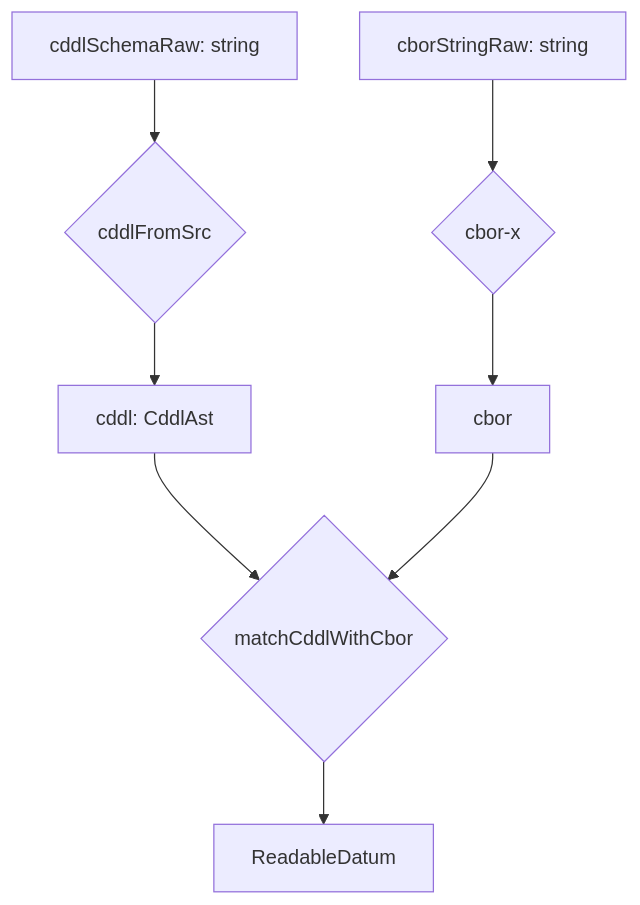
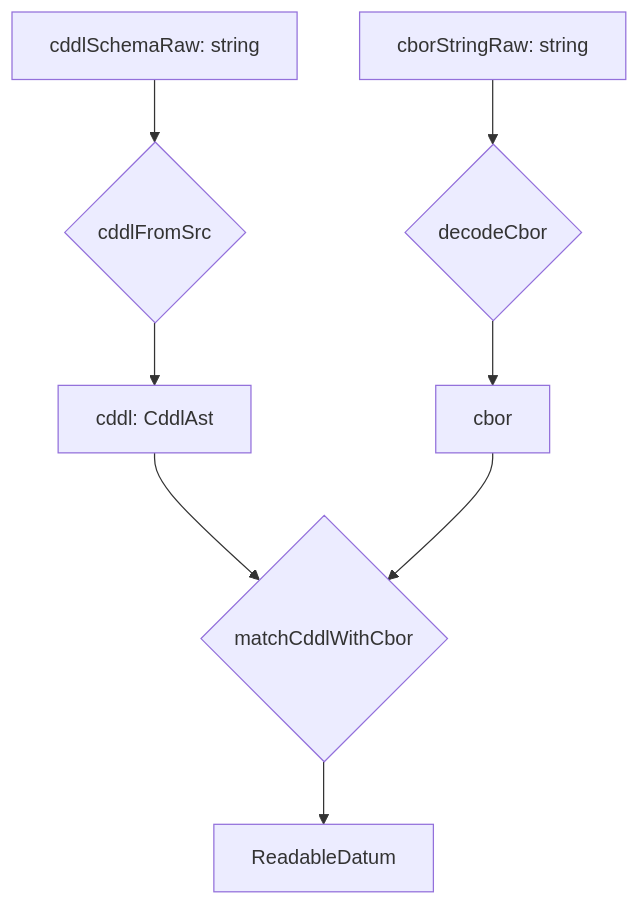
Before and after one commit to WingRiders/datum-explorer: the first of 2 diagrams in docs/architecture.md, drawn with Mermaid. The commit also changed other lines of this file and 24 other files, not shown here.

````diff
--- a/docs/architecture.md
+++ b/docs/architecture.md
@@ -27,20 +27,20 @@
 ```mermaid
 graph TD
     %% Data nodes
     cddlSchemaRaw[cddlSchemaRaw: string]
     cddlAst[cddl: CddlAst]
     cborString[cborStringRaw: string]
     cbor
     ReadableDatum
     
     %% Process nodes
     match{matchCddlWithCbor}
     cddlFromSrc{cddlFromSrc}
-    cbor-x{cbor-x}
+    decodeCbor{decodeCbor}
     
     %% Connections
     cddlSchemaRaw --> cddlFromSrc --> cddlAst
-    cborString --> cbor-x --> cbor
+    cborString --> decodeCbor --> cbor
     cddlAst --> match --> ReadableDatum
     cbor --> match
 ```
````
